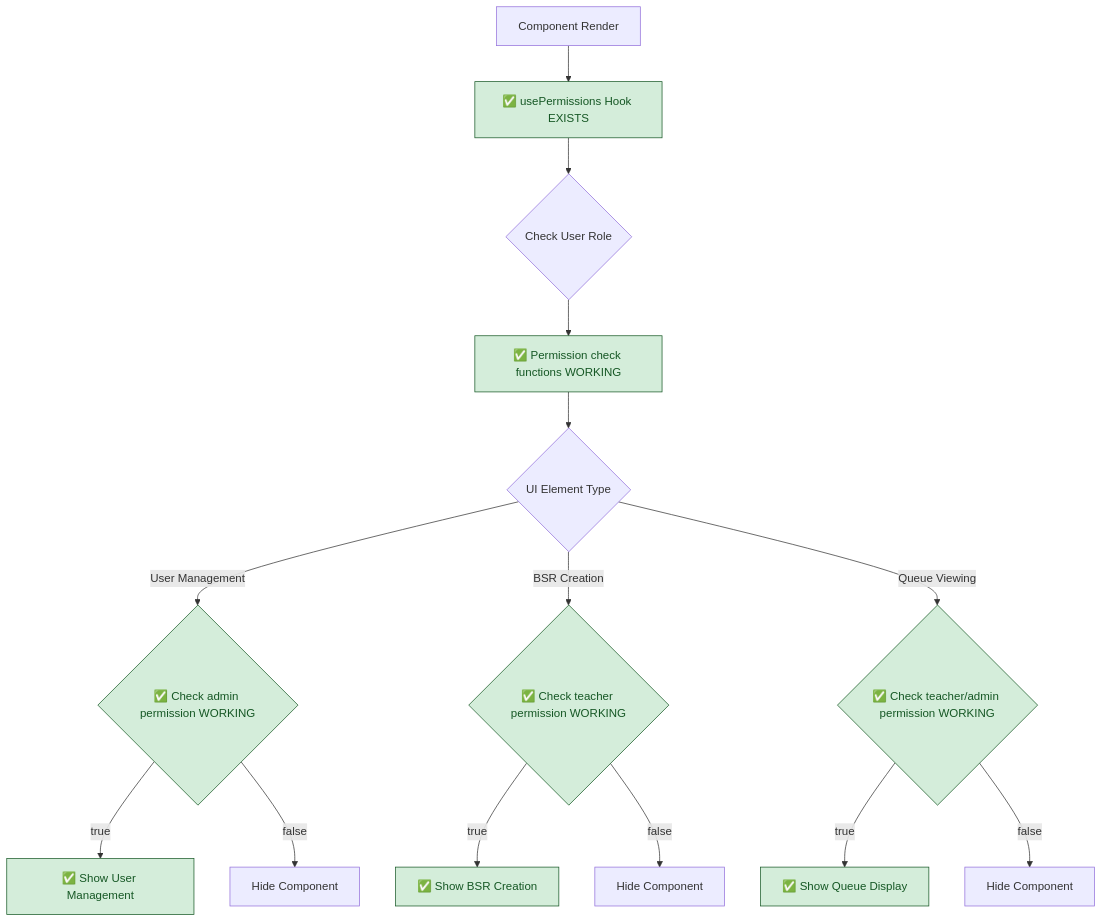
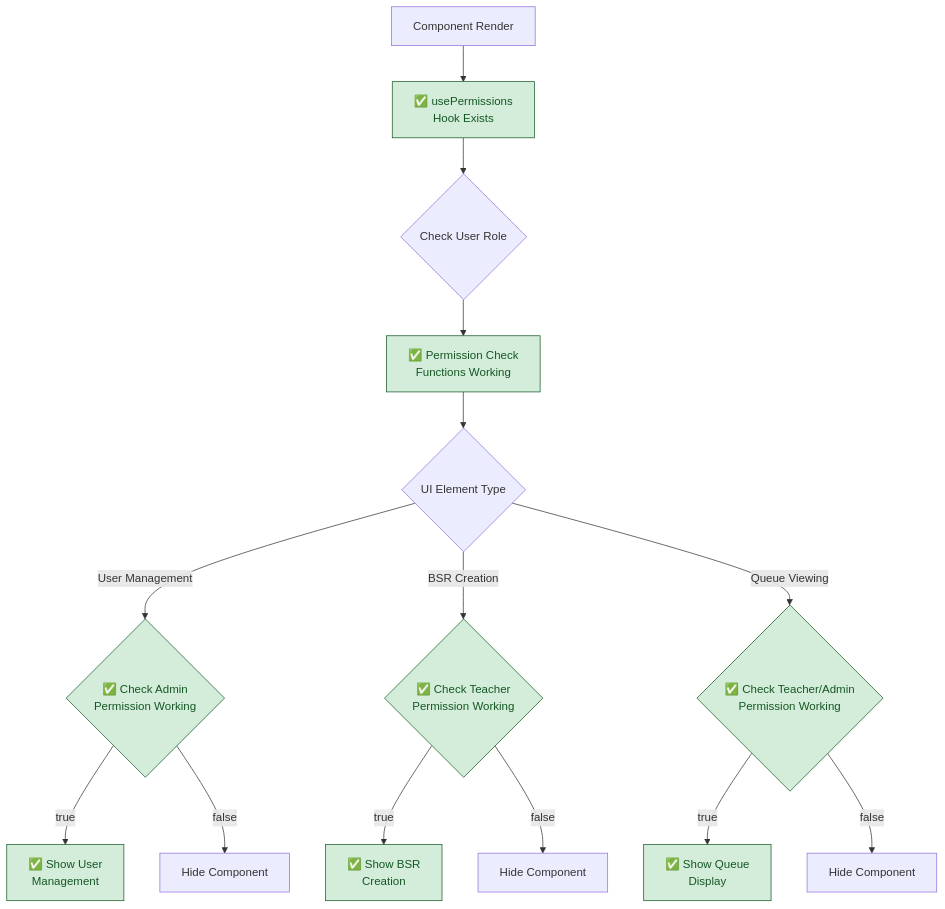
The third of 4 diagrams in docs/flowcharts/Current-State/01-current-authentication-complete.md (Splurfa/bx-os), drawn with Mermaid before and after one commit. The commit also changed other lines of this file and 11 other files, not shown here.

Commit message:
Fix flowchart text wrapping

````diff
--- a/docs/flowcharts/Current-State/01-current-authentication-complete.md
+++ b/docs/flowcharts/Current-State/01-current-authentication-complete.md
@@ -64,24 +64,24 @@
 ```mermaid
 flowchart TD
-    A[Component Render] --> B[✅ usePermissions Hook EXISTS]
+    A[Component Render] --> B[✅ usePermissions<br/>Hook Exists]
     B --> C{Check User Role}
-    C --> D[✅ Permission check functions WORKING]
+    C --> D[✅ Permission Check<br/>Functions Working]
     
     D --> E{UI Element Type}
-    E -->|User Management| F{✅ Check admin permission WORKING}
-    E -->|BSR Creation| G{✅ Check teacher permission WORKING}
-    E -->|Queue Viewing| H{✅ Check teacher/admin permission WORKING}
+    E -->|User Management| F{✅ Check Admin<br/>Permission Working}
+    E -->|BSR Creation| G{✅ Check Teacher<br/>Permission Working}
+    E -->|Queue Viewing| H{✅ Check Teacher/Admin<br/>Permission Working}
     
-    F -->|true| I[✅ Show User Management]
+    F -->|true| I[✅ Show User<br/>Management]
     F -->|false| J[Hide Component]
     
-    G -->|true| K[✅ Show BSR Creation]
+    G -->|true| K[✅ Show BSR<br/>Creation]
     G -->|false| L[Hide Component]
     
-    H -->|true| M[✅ Show Queue Display]
+    H -->|true| M[✅ Show Queue<br/>Display]
     H -->|false| N[Hide Component]
     
     classDef working fill:#d4edda,stroke:#155724,color:#155724
     
     class B,D,F,G,H,I,K,M working
 ```
````
